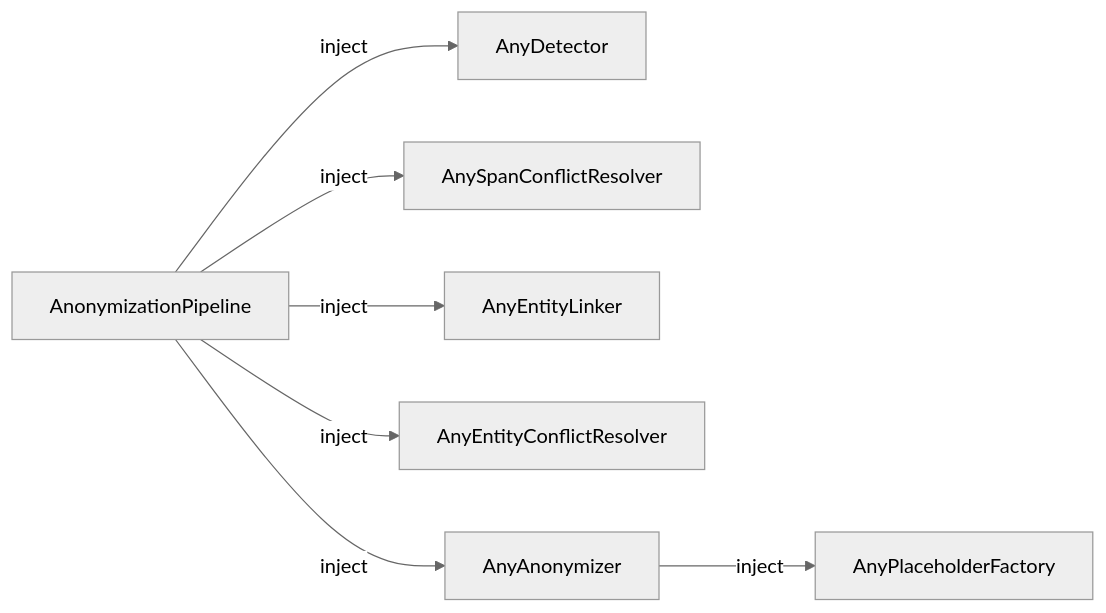
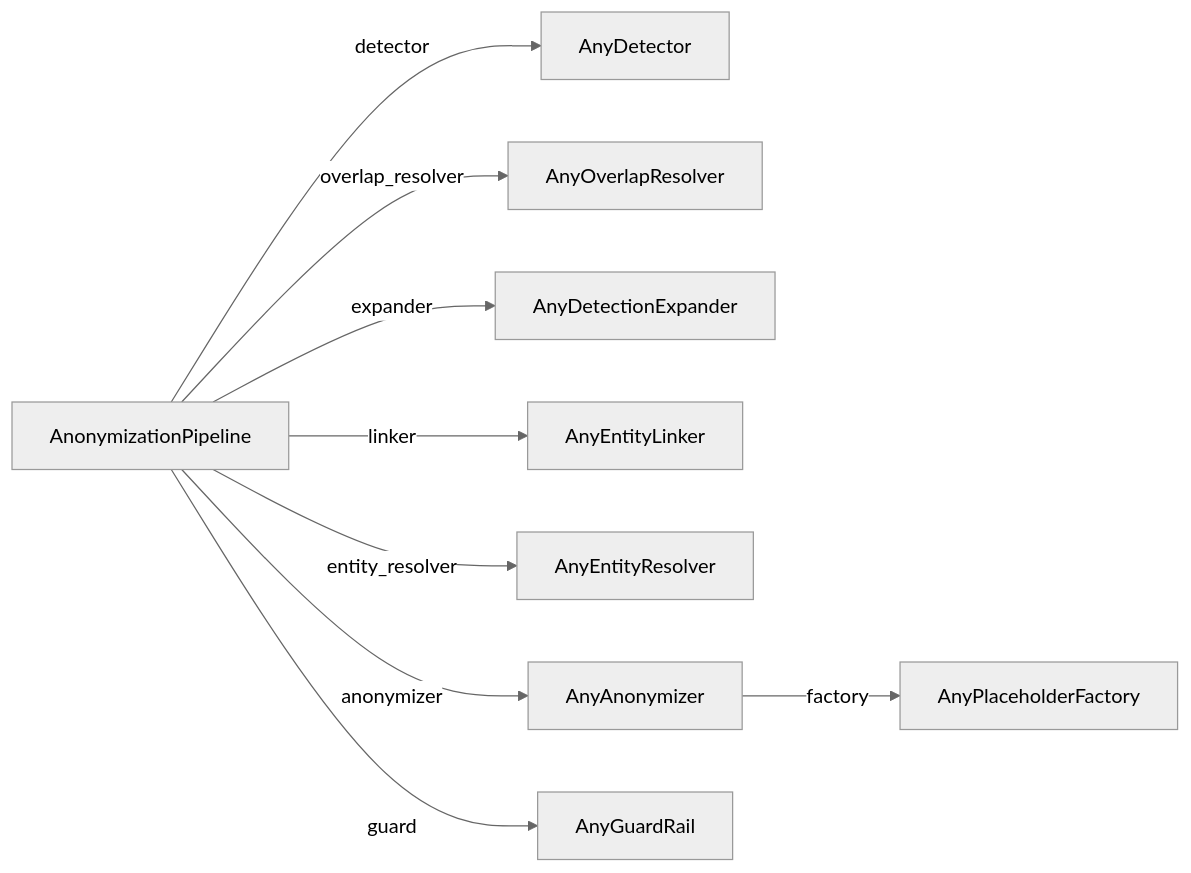
One commit to Athroniaeth/piighost changed the diagram in docs/en/extending.md. Above: the diagram before and after it, drawn with Mermaid (neutral theme). The commit also changed other lines of this file and 57 other files, not shown here.

````diff
--- a/docs/en/extending.md
+++ b/docs/en/extending.md
@@ -12,9 +12,11 @@
 ```mermaid
 flowchart LR
-    A[AnonymizationPipeline] -->|inject| B[AnyDetector]
-    A -->|inject| C[AnySpanConflictResolver]
-    A -->|inject| D[AnyEntityLinker]
-    A -->|inject| E[AnyEntityConflictResolver]
-    A -->|inject| F[AnyAnonymizer]
-    F -->|inject| G[AnyPlaceholderFactory]
+    P[AnonymizationPipeline] -->|detector| D[AnyDetector]
+    P -->|overlap_resolver| O[AnyOverlapResolver]
+    P -->|expander| X[AnyDetectionExpander]
+    P -->|linker| L[AnyEntityLinker]
+    P -->|entity_resolver| R[AnyEntityResolver]
+    P -->|anonymizer| A[AnyAnonymizer]
+    P -->|guard| G[AnyGuardRail]
+    A -->|factory| F[AnyPlaceholderFactory]
 ```
````
